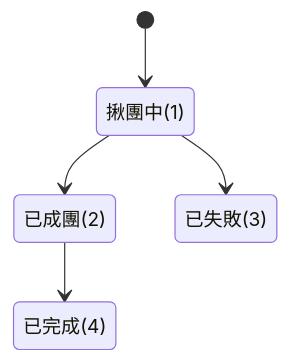
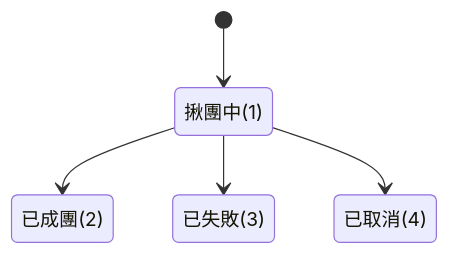
The tenth of 10 diagrams in docs/architecture.md (kevinlin000/local-fresh-platform), drawn with Mermaid before and after one commit. The commit also changed other lines of this file and 1 other file, not shown here.

Commit message:
docs(architecture): 補強揪團資料模型與設計說明

````diff
--- a/docs/architecture.md
+++ b/docs/architecture.md
@@ -507,12 +622,12 @@
 ```mermaid
 stateDiagram-v2
     [*] --> 揪團中
     揪團中 --> 已成團
     揪團中 --> 已失敗
-    已成團 --> 已完成
+    揪團中 --> 已取消
 
     state "揪團中(1)" as 揪團中
     state "已成團(2)" as 已成團
     state "已失敗(3)" as 已失敗
-    state "已完成(4)" as 已完成
+    state "已取消(4)" as 已取消
 ```
````
